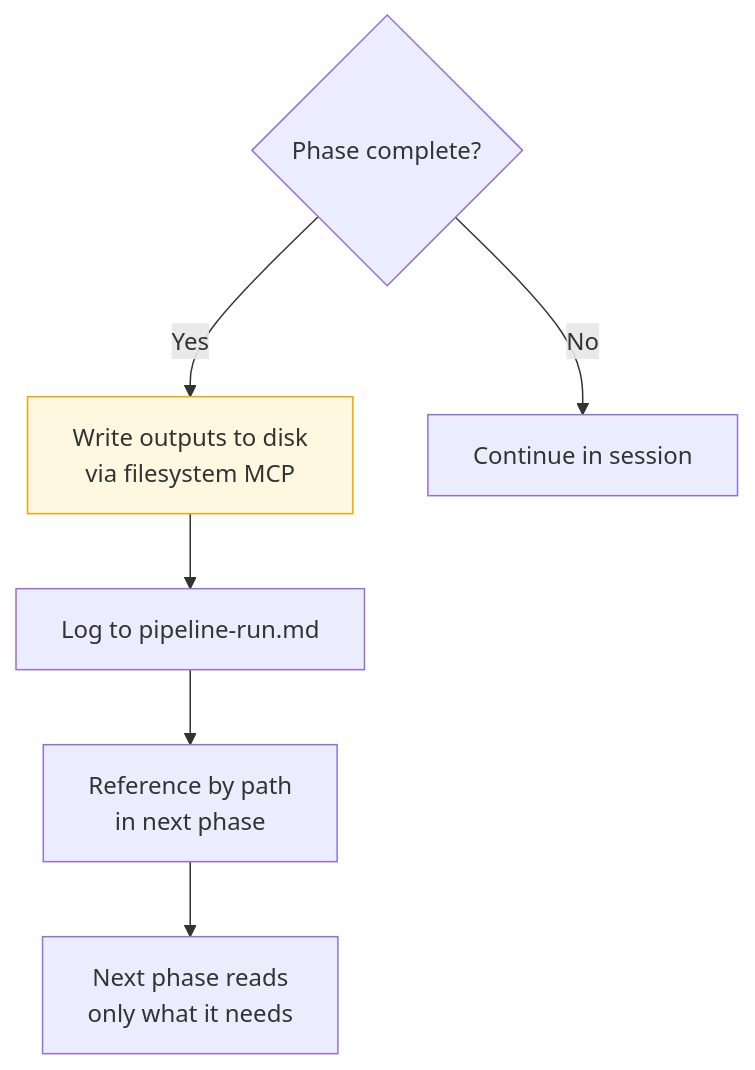
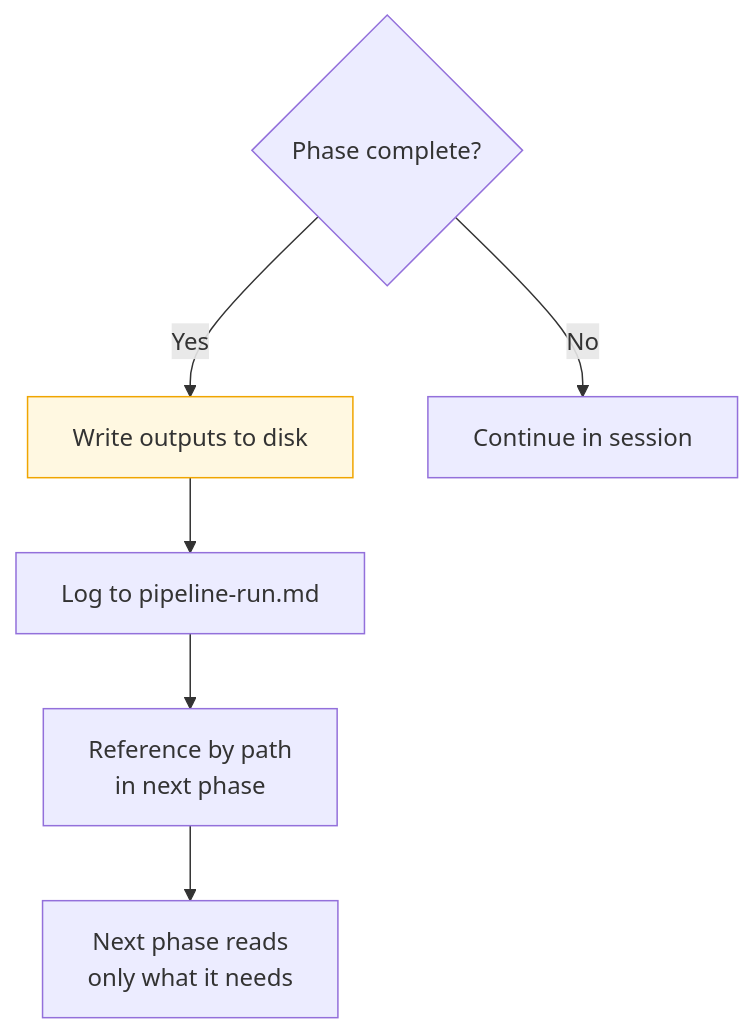
Before and after one commit to planifest/planifest-framework: the diagram in planifest-docs/p010-planifest-agentic-tool-runbook.md, drawn with Mermaid. The commit also changed other lines of this file and 56 other files, not shown here.

````diff
--- a/planifest-docs/p010-planifest-agentic-tool-runbook.md
+++ b/planifest-docs/p010-planifest-agentic-tool-runbook.md
@@ -202,10 +203,10 @@
 ```mermaid
 flowchart TD
-    A{Phase complete?} -->|Yes| B[Write outputs to disk\nvia filesystem MCP]
+    A{Phase complete?} -->|Yes| B[Write outputs to disk]
     B --> C[Log to pipeline-run.md]
     C --> D[Reference by path\nin next phase]
     D --> E[Next phase reads\nonly what it needs]
     A -->|No| F[Continue in session]
 
     style B fill:#fff8e1,stroke:#f0a500
 ```
````
